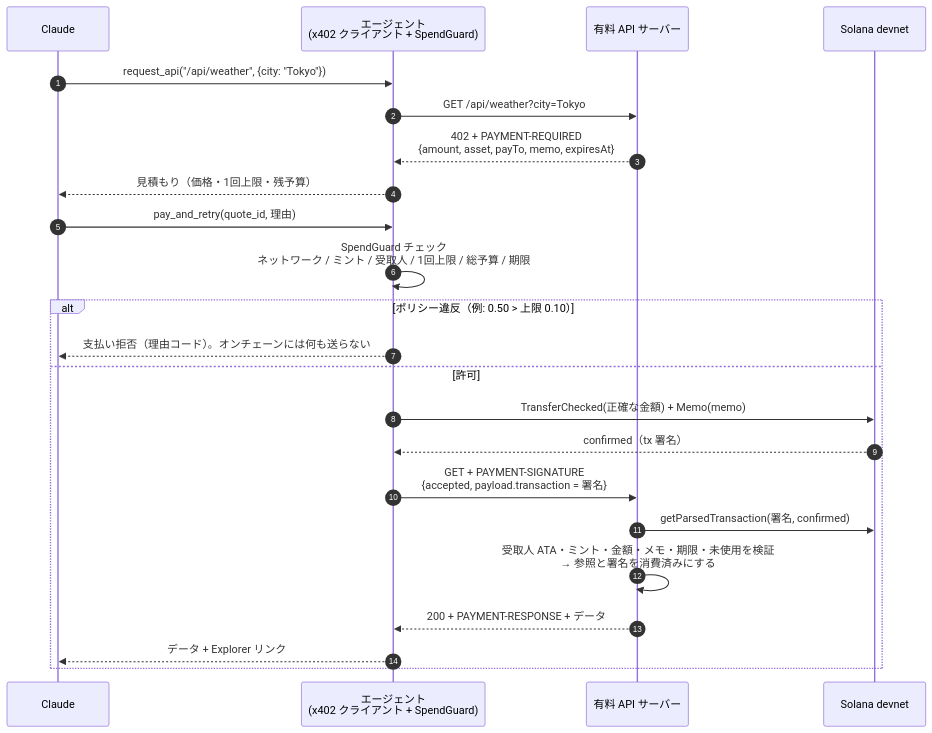
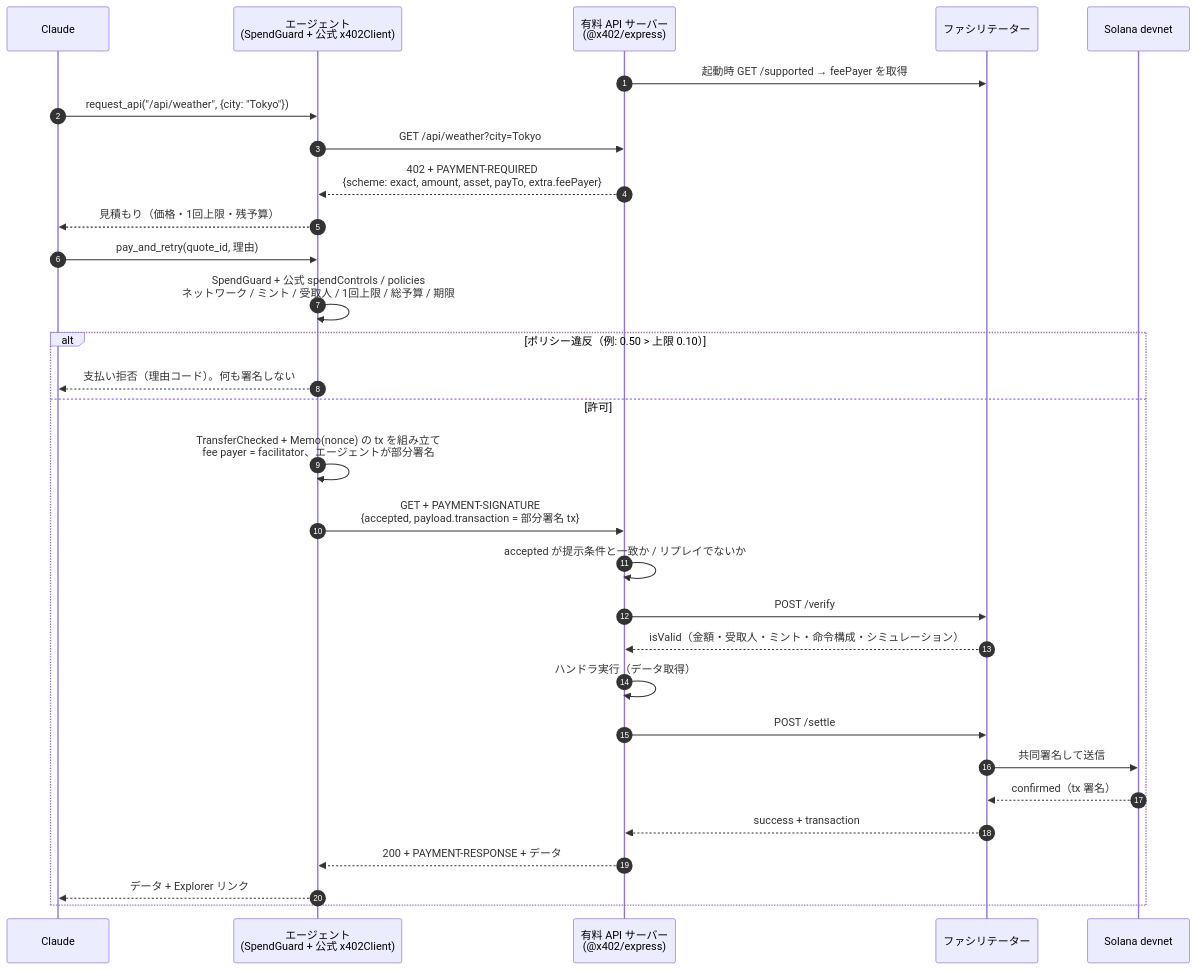
One commit to shoya-sue/solana-agent-pay changed the second of 3 diagrams in README.md. Above: the diagram before and after it, drawn with Mermaid. The commit also changed other lines of this file and 37 other files, not shown here.

First line of the commit message:
Align with official x402: exact scheme on Solana devnet, facilitator settlement

````diff
--- a/README.md
+++ b/README.md
@@ -81,25 +84,32 @@
 ```mermaid
 sequenceDiagram
     autonumber
     participant C as Claude
-    participant A as エージェント<br/>(x402 クライアント + SpendGuard)
-    participant S as 有料 API サーバー
+    participant A as エージェント<br/>(SpendGuard + 公式 x402Client)
+    participant S as 有料 API サーバー<br/>(@x402/express)
+    participant F as ファシリテーター
     participant L as Solana devnet
+    S->>F: 起動時 GET /supported → feePayer を取得
     C->>A: request_api("/api/weather", {city: "Tokyo"})
     A->>S: GET /api/weather?city=Tokyo
-    S-->>A: 402 + PAYMENT-REQUIRED<br/>{amount, asset, payTo, memo, expiresAt}
+    S-->>A: 402 + PAYMENT-REQUIRED<br/>{scheme: exact, amount, asset, payTo, extra.feePayer}
     A-->>C: 見積もり（価格・1回上限・残予算）
     C->>A: pay_and_retry(quote_id, 理由)
-    A->>A: SpendGuard チェック<br/>ネットワーク / ミント / 受取人 / 1回上限 / 総予算 / 期限
+    A->>A: SpendGuard + 公式 spendControls / policies<br/>ネットワーク / ミント / 受取人 / 1回上限 / 総予算 / 期限
     alt ポリシー違反（例: 0.50 > 上限 0.10）
-        A-->>C: 支払い拒否（理由コード）。オンチェーンには何も送らない
+        A-->>C: 支払い拒否（理由コード）。何も署名しない
     else 許可
-        A->>L: TransferChecked(正確な金額) + Memo(memo)
-        L-->>A: confirmed（tx 署名）
-        A->>S: GET + PAYMENT-SIGNATURE<br/>{accepted, payload.transaction = 署名}
-        S->>L: getParsedTransaction(署名, confirmed)
-        S->>S: 受取人 ATA・ミント・金額・メモ・期限・未使用を検証<br/>→ 参照と署名を消費済みにする
+        A->>A: TransferChecked + Memo(nonce) の tx を組み立て<br/>fee payer = facilitator、エージェントが部分署名
+        A->>S: GET + PAYMENT-SIGNATURE<br/>{accepted, payload.transaction = 部分署名 tx}
+        S->>S: accepted が提示条件と一致か / リプレイでないか
+        S->>F: POST /verify
+        F-->>S: isValid（金額・受取人・ミント・命令構成・シミュレーション）
+        S->>S: ハンドラ実行（データ取得）
+        S->>F: POST /settle
+        F->>L: 共同署名して送信
+        L-->>F: confirmed（tx 署名）
+        F-->>S: success + transaction
         S-->>A: 200 + PAYMENT-RESPONSE + データ
         A-->>C: データ + Explorer リンク
     end
 ```
````
